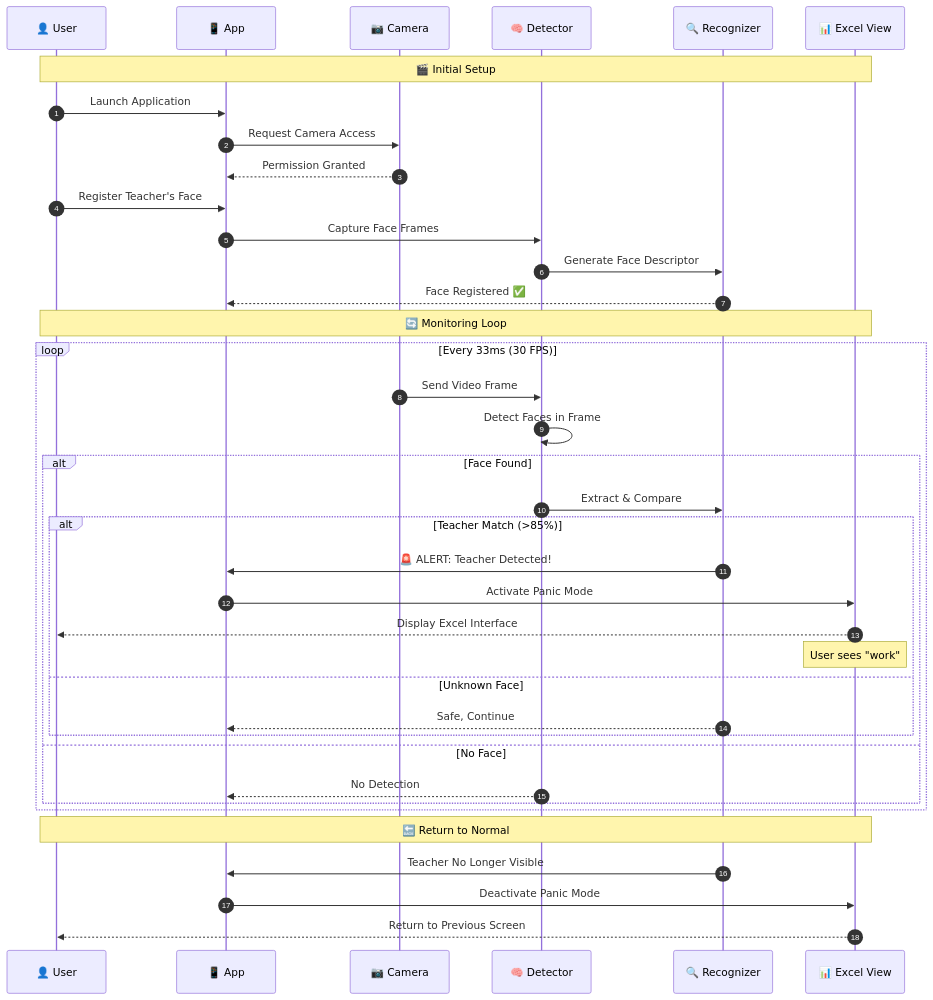
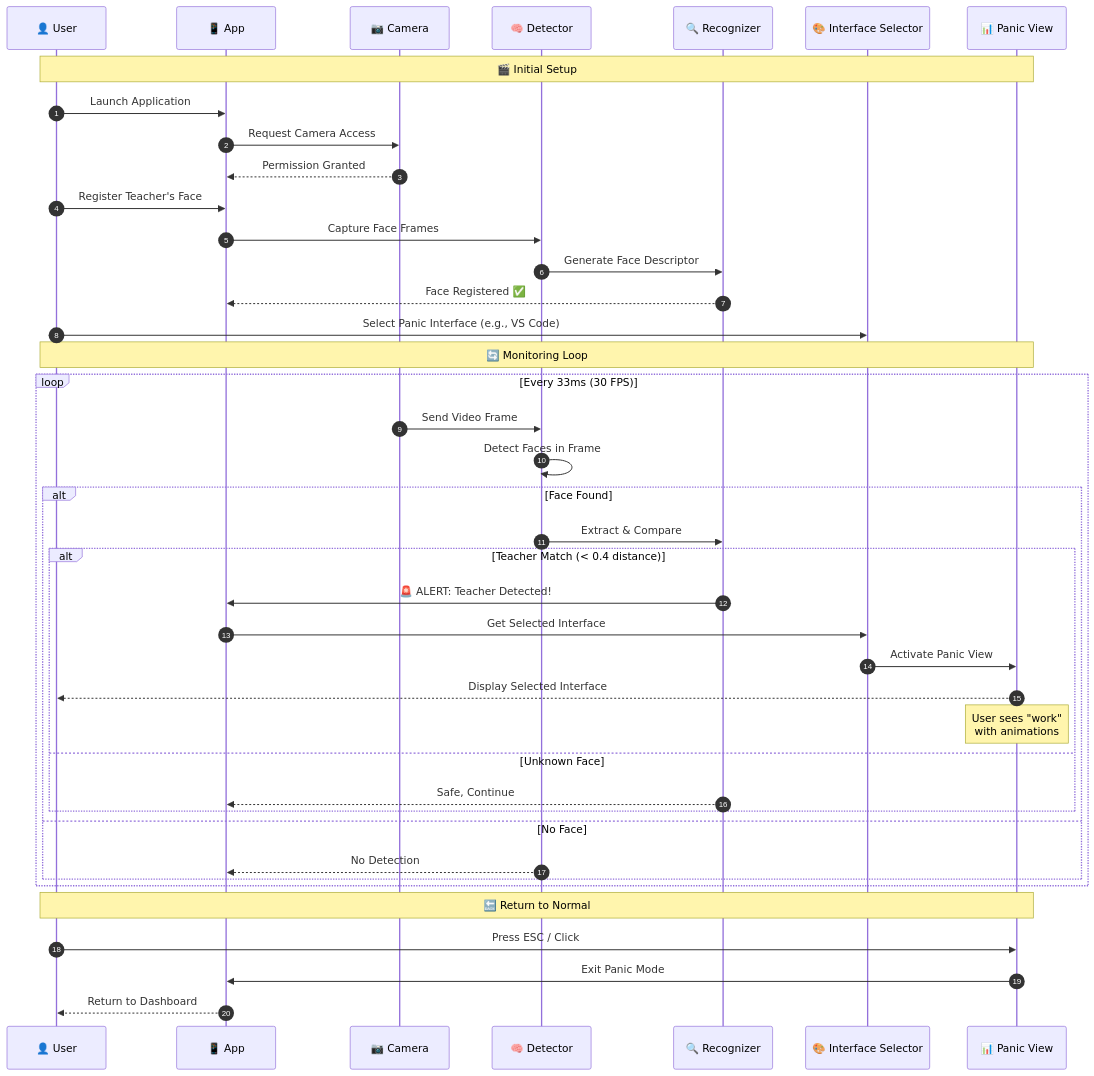
The seventh of 7 diagrams in ARCHITECTURE.md (Ducksss/panic-at-the-classroom), drawn with Mermaid before and after one commit. The commit also changed other lines of this file and 1 other file, not shown here.

Commit message:
feat: updated architecture diagram

````diff
--- a/ARCHITECTURE.md
+++ b/ARCHITECTURE.md
@@ -274,43 +290,46 @@
 ```mermaid
 sequenceDiagram
     autonumber
     participant U as 👤 User
     participant A as 📱 App
     participant C as 📷 Camera
     participant D as 🧠 Detector
     participant R as 🔍 Recognizer
-    participant E as 📊 Excel View
+    participant I as 🎨 Interface Selector
+    participant V as 📊 Panic View
     
-    Note over U,E: 🎬 Initial Setup
+    Note over U,V: 🎬 Initial Setup
     U->>A: Launch Application
     A->>C: Request Camera Access
     C-->>A: Permission Granted
     U->>A: Register Teacher's Face
     A->>D: Capture Face Frames
     D->>R: Generate Face Descriptor
     R-->>A: Face Registered ✅
+    U->>I: Select Panic Interface (e.g., VS Code)
     
-    Note over U,E: 🔄 Monitoring Loop
+    Note over U,V: 🔄 Monitoring Loop
     loop Every 33ms (30 FPS)
         C->>D: Send Video Frame
         D->>D: Detect Faces in Frame
         alt Face Found
             D->>R: Extract & Compare
-            alt Teacher Match (>85%)
+            alt Teacher Match (< 0.4 distance)
                 R->>A: 🚨 ALERT: Teacher Detected!
-                A->>E: Activate Panic Mode
-                E-->>U: Display Excel Interface
-                Note over E: User sees "work"
+                A->>I: Get Selected Interface
+                I->>V: Activate Panic View
+                V-->>U: Display Selected Interface
+                Note over V: User sees "work"<br/>with animations
             else Unknown Face
                 R-->>A: Safe, Continue
             end
         else No Face
             D-->>A: No Detection
         end
     end
     
-    Note over U,E: 🔙 Return to Normal
-    R->>A: Teacher No Longer Visible
-    A->>E: Deactivate Panic Mode
-    E-->>U: Return to Previous Screen
+    Note over U,V: 🔙 Return to Normal
+    U->>V: Press ESC / Click
+    V->>A: Exit Panic Mode
+    A-->>U: Return to Dashboard
 ```
````
